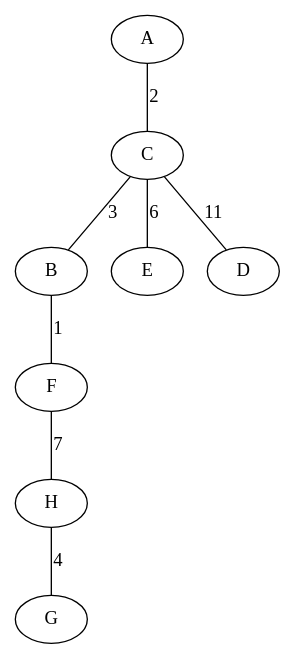
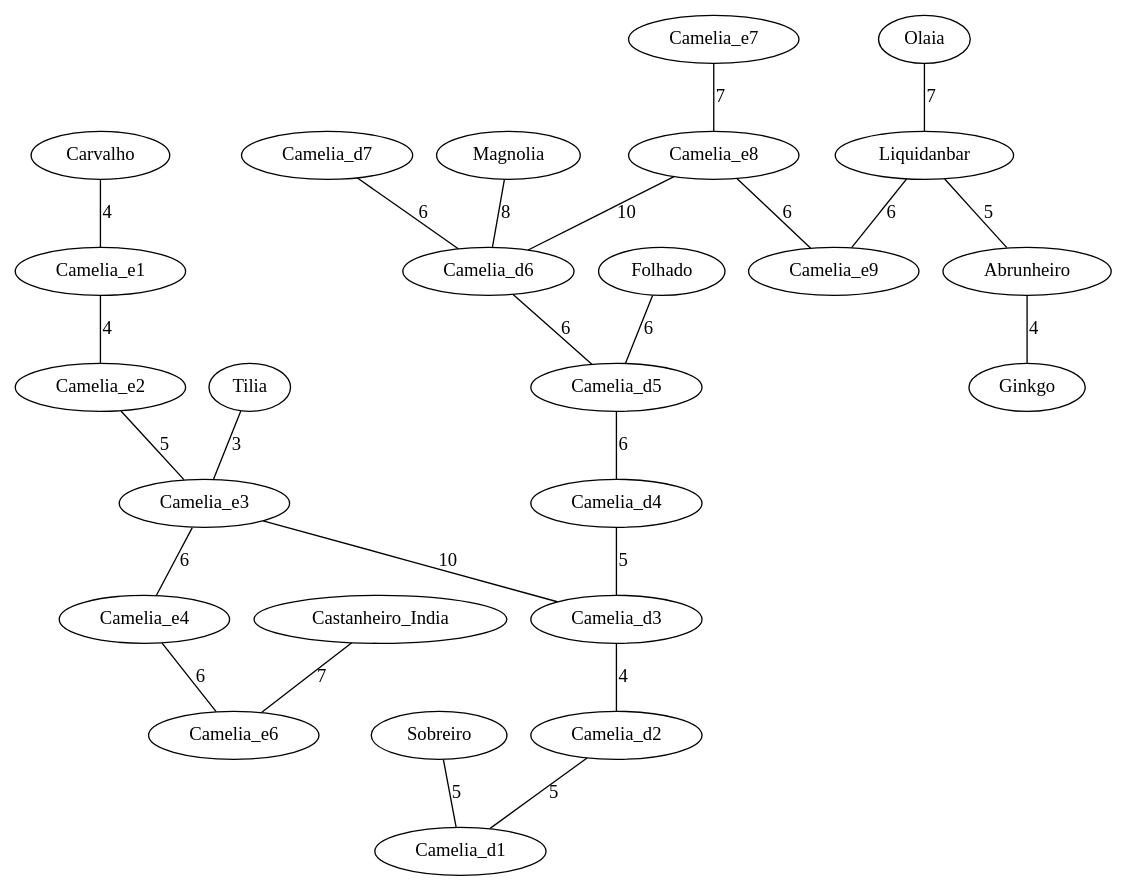
One commit to SAEmanuel/Green_Spaces_Management_ISEP changed the diagram in MDISC/sprintB/us_12_13_14_implementation/src/output_13/graph.puml. Above: the diagram before and after it, drawn with PlantUML. The commit also changed 13 other files, not shown here.

```diff
--- a/MDISC/sprintB/us_12_13_14_implementation/src/output_13/graph.puml
+++ b/MDISC/sprintB/us_12_13_14_implementation/src/output_13/graph.puml
@@ -1,11 +1,28 @@
 @startuml
 graph GraphRep {
-B --F [label="1"]
-A --C [label="2"]
-C --B [label="3"]
-H --G [label="4"]
-C --E [label="6"]
-F --H [label="7"]
-C --D [label="11"]
+Tilia --Camelia_e3 [label="3"]
+Carvalho --Camelia_e1 [label="4"]
+Abrunheiro --Ginkgo [label="4"]
+Camelia_e1 --Camelia_e2 [label="4"]
+Camelia_d3 --Camelia_d2 [label="4"]
+Liquidanbar --Abrunheiro [label="5"]
+Camelia_e2 --Camelia_e3 [label="5"]
+Camelia_d4 --Camelia_d3 [label="5"]
+Sobreiro --Camelia_d1 [label="5"]
+Camelia_d2 --Camelia_d1 [label="5"]
+Liquidanbar --Camelia_e9 [label="6"]
+Camelia_e3 --Camelia_e4 [label="6"]
+Camelia_e4 --Camelia_e6 [label="6"]
+Camelia_e8 --Camelia_e9 [label="6"]
+Camelia_d7 --Camelia_d6 [label="6"]
+Camelia_d6 --Camelia_d5 [label="6"]
+Camelia_d5 --Camelia_d4 [label="6"]
+Folhado --Camelia_d5 [label="6"]
+Castanheiro_India --Camelia_e6 [label="7"]
+Olaia --Liquidanbar [label="7"]
+Camelia_e7 --Camelia_e8 [label="7"]
+Magnolia --Camelia_d6 [label="8"]
+Camelia_e3 --Camelia_d3 [label="10"]
+Camelia_e8 --Camelia_d6 [label="10"]
 }
 @enduml
```
